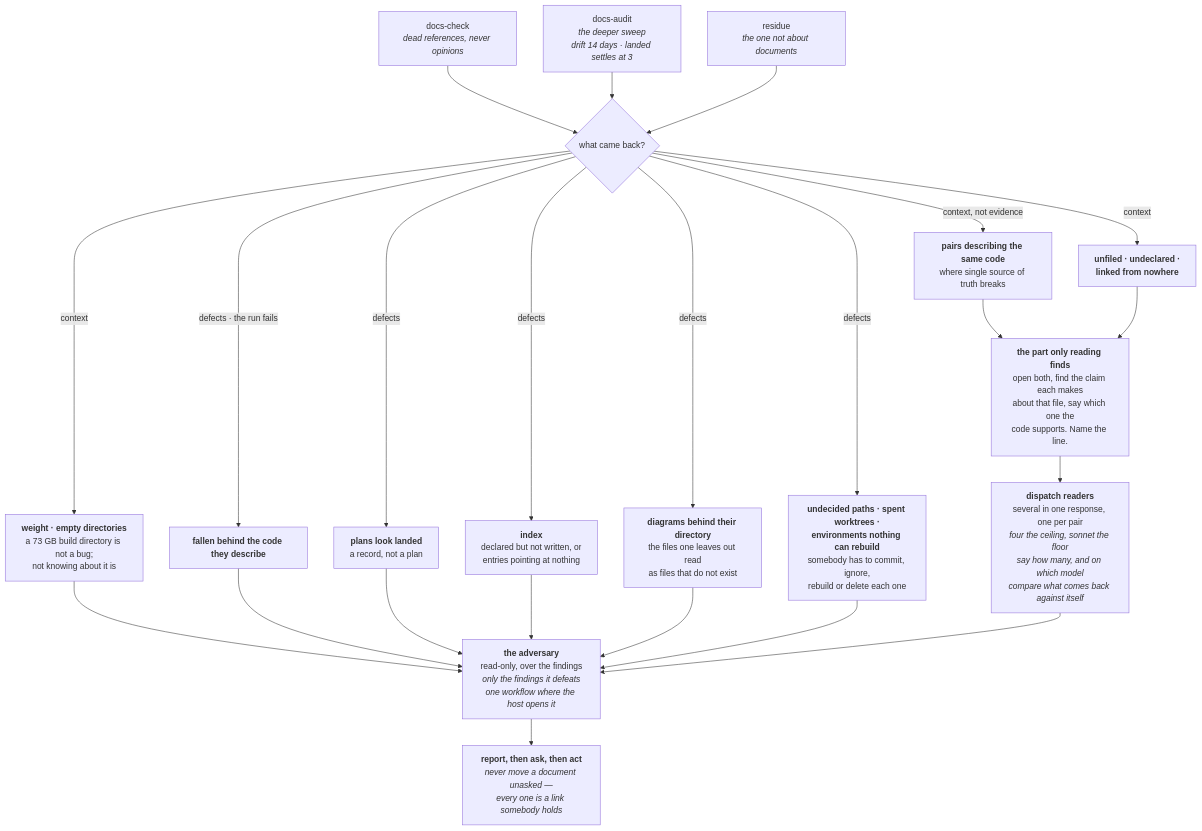
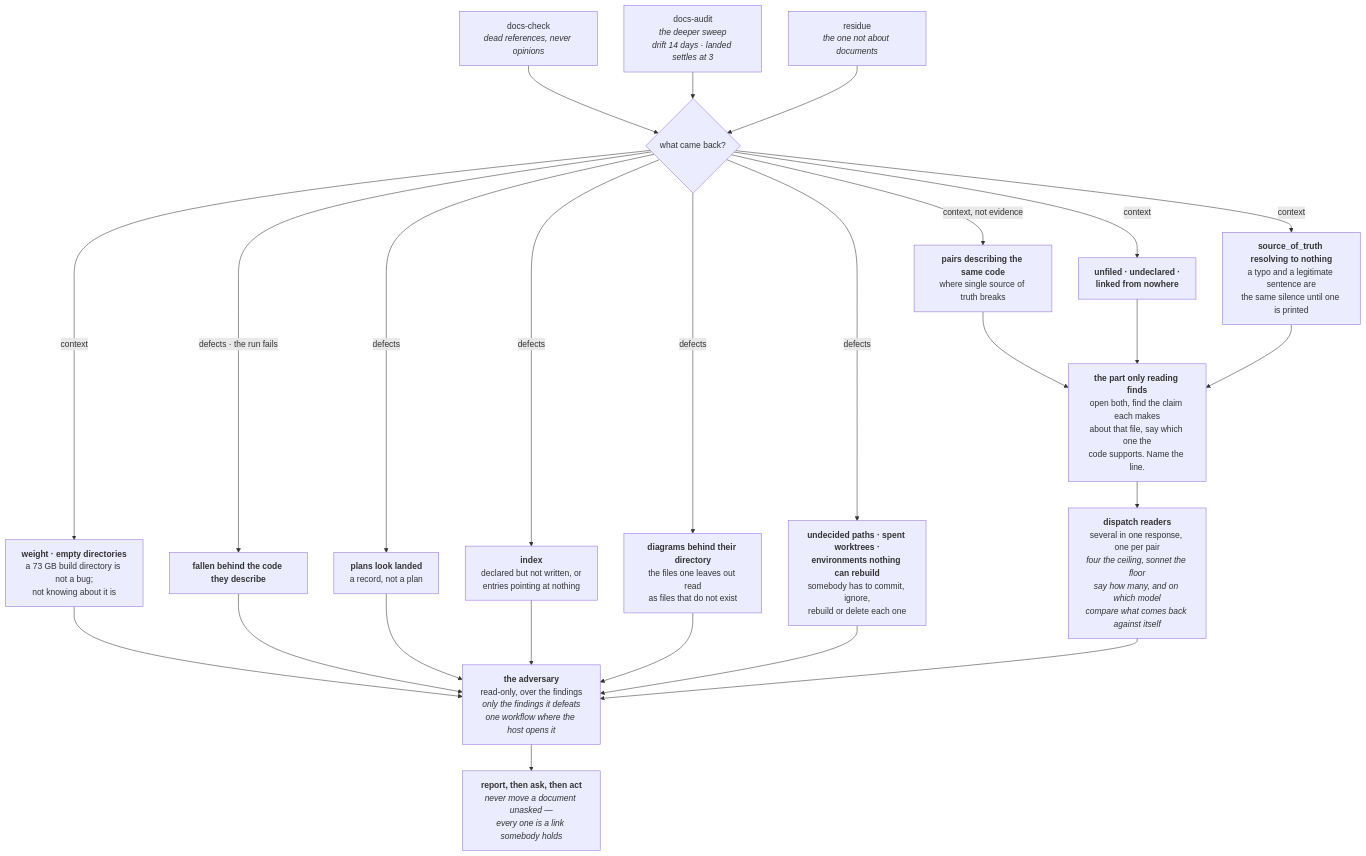
The seventh of 8 diagrams in docs/pipeline.md (FanFantom9452/FanKeel), drawn with Mermaid before and after one commit. The commit also changed other lines of this file and 3 other files, not shown here.

````diff
--- a/docs/pipeline.md
+++ b/docs/pipeline.md
@@ -662,42 +662,45 @@
 ```mermaid
 flowchart TD
     A["docs-check<br/><i>dead references, never opinions</i>"]
     B["docs-audit<br/><i>the deeper sweep<br/>drift 14 days · landed settles at 3</i>"]
     A2["residue<br/><i>the one not about documents</i>"]
     C{"what came back?"}
     D1["<b>fallen behind the code they describe</b>"]
     D2["<b>plans look landed</b><br/>a record, not a plan"]
     D3["<b>index</b><br/>declared but not written, or<br/>entries pointing at nothing"]
     D4["<b>diagrams behind their directory</b><br/>the files one leaves out read<br/>as files that do not exist"]
     D5["<b>undecided paths · spent worktrees ·<br/>environments nothing can rebuild</b><br/>somebody has to commit, ignore,<br/>rebuild or delete each one"]
     E1["<b>pairs describing the same code</b><br/>where single source of truth breaks"]
     E2["<b>unfiled · undeclared ·<br/>linked from nowhere</b>"]
     E3["<b>weight · empty directories</b><br/>a 73 GB build directory is not a bug;<br/>not knowing about it is"]
+    E4["<b>source_of_truth resolving to nothing</b><br/>a typo and a legitimate sentence are<br/>the same silence until one is printed"]
     F["<b>the part only reading finds</b><br/>open both, find the claim each makes<br/>about that file, say which one the<br/>code supports. Name the line."]
     F1["<b>dispatch readers</b><br/>several in one response, one per pair<br/><i>four the ceiling, sonnet the floor</i><br/><i>say how many, and on which model</i><br/><i>compare what comes back against itself</i>"]
     F2["<b>the adversary</b><br/>read-only, over the findings<br/><i>only the findings it defeats</i><br/><i>one workflow where the host opens it</i>"]
     G["<b>report, then ask, then act</b><br/><i>never move a document unasked —<br/>every one is a link somebody holds</i>"]
 
     A --> C
     B --> C
     A2 --> C
     C -- "defects · the run fails" --> D1
     C -- "defects" --> D2
     C -- "defects" --> D3
     C -- "defects" --> D4
     C -- "defects" --> D5
     C -- "context, not evidence" --> E1
     C -- "context" --> E2
     C -- "context" --> E3
+    C -- "context" --> E4
     E1 --> F
     E2 --> F
     E3 --> F2
+    E4 --> F
     D1 --> F2
     D2 --> F2
     D3 --> F2
     D4 --> F2
     D5 --> F2
     F --> F1
     F1 --> F2
     F2 --> G
 ```
````
